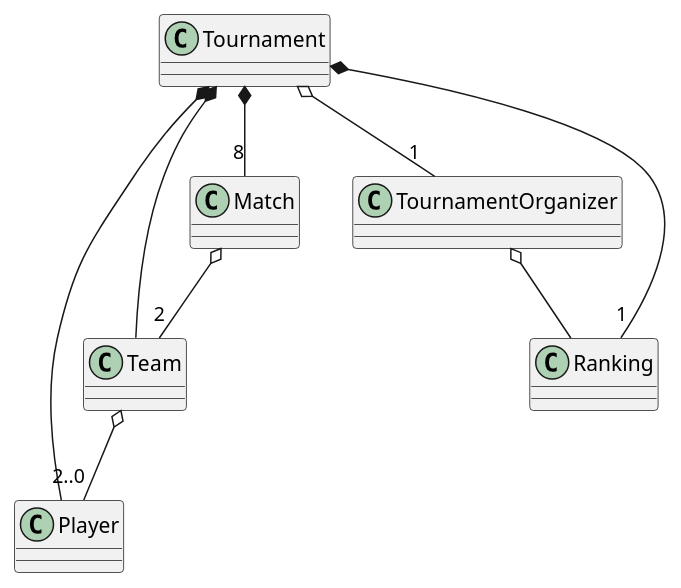
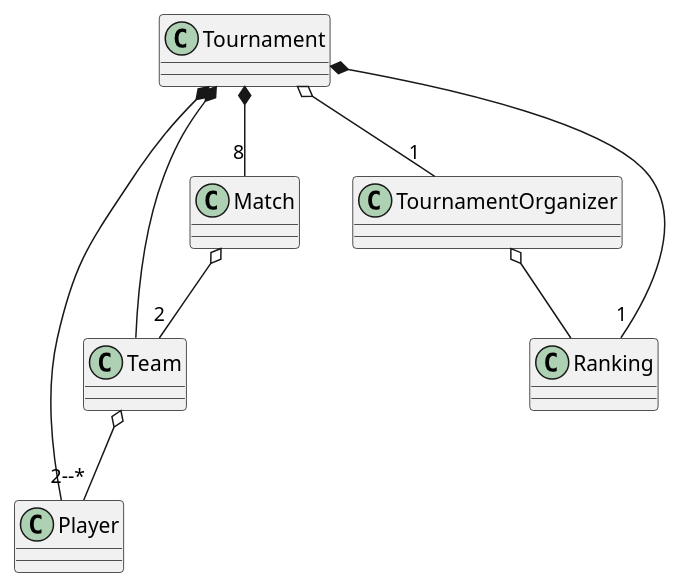
One commit to DeRp-DaWg/SP3 changed the diagram in doc/Domain.puml. Above: the diagram before and after it, drawn with PlantUML. The commit also changed 1 other file, not shown here.

```diff
--- a/doc/Domain.puml
+++ b/doc/Domain.puml
@@ -1,33 +1,32 @@
 @startuml
 'https://plantuml.com/class-diagram
-
 
 
 class Player {
 }
 
 class Team {
 }
 
 class Match {
 }
 
 class Tournament {
 }
 
 class TournamentOrganizer {
 }
 
 class Ranking {
 }
 
 Tournament o-- "1" TournamentOrganizer
 Tournament *-- "8" Match
 Tournament *-- Player
 Tournament *-- Team
 Tournament *-- "1" Ranking
 Match o-- "2" Team
-Team o-- "2..0" Player
+Team o-- "2--*" Player
 TournamentOrganizer o-- Ranking
 
 @enduml
```
